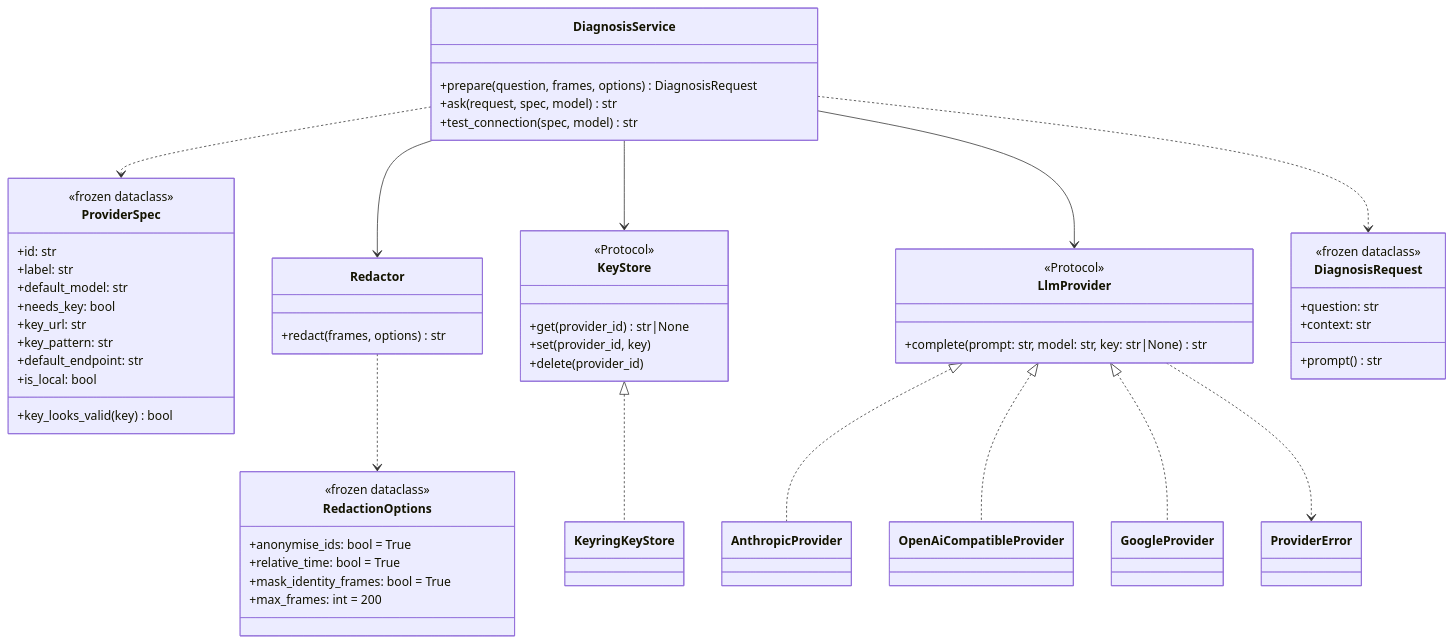
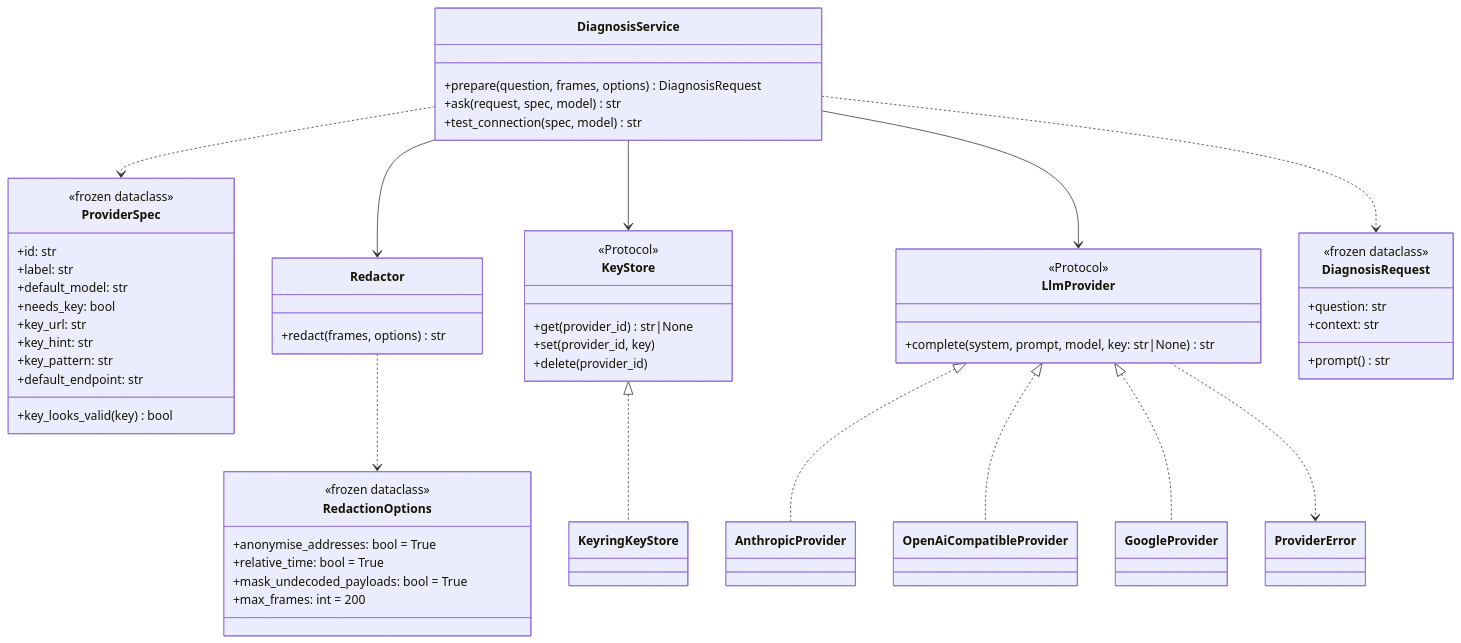
The diagram in docs/architecture/diagrams/ai-assistant/03-class.md (benoit-bremaud/busscope), drawn with Mermaid before and after one commit. The commit also changed 15 other files, not shown here.

````diff
--- a/docs/architecture/diagrams/ai-assistant/03-class.md
+++ b/docs/architecture/diagrams/ai-assistant/03-class.md
@@ -3,63 +3,63 @@
 ```mermaid
 classDiagram
     class ProviderSpec {
         <<frozen dataclass>>
         +id: str
         +label: str
         +default_model: str
         +needs_key: bool
         +key_url: str
+        +key_hint: str
         +key_pattern: str
         +default_endpoint: str
-        +is_local: bool
         +key_looks_valid(key) bool
     }
     class LlmProvider {
         <<Protocol>>
-        +complete(prompt: str, model: str, key: str|None) str
+        +complete(system, prompt, model, key: str|None) str
     }
     class KeyStore {
         <<Protocol>>
         +get(provider_id) str|None
         +set(provider_id, key)
         +delete(provider_id)
     }
     class RedactionOptions {
         <<frozen dataclass>>
-        +anonymise_ids: bool = True
+        +anonymise_addresses: bool = True
         +relative_time: bool = True
-        +mask_identity_frames: bool = True
+        +mask_undecoded_payloads: bool = True
         +max_frames: int = 200
     }
     class Redactor {
         +redact(frames, options) str
     }
     class DiagnosisRequest {
         <<frozen dataclass>>
         +question: str
         +context: str
         +prompt() str
     }
     class DiagnosisService {
         +prepare(question, frames, options) DiagnosisRequest
         +ask(request, spec, model) str
         +test_connection(spec, model) str
     }
     class ProviderError
     class AnthropicProvider
     class OpenAiCompatibleProvider
     class GoogleProvider
     class KeyringKeyStore
 
     DiagnosisService --> Redactor
     DiagnosisService --> KeyStore
     DiagnosisService --> LlmProvider
     DiagnosisService ..> ProviderSpec
     DiagnosisService ..> DiagnosisRequest
     Redactor ..> RedactionOptions
     LlmProvider <|.. AnthropicProvider
     LlmProvider <|.. OpenAiCompatibleProvider
     LlmProvider <|.. GoogleProvider
     KeyStore <|.. KeyringKeyStore
     LlmProvider ..> ProviderError
 ```
````
